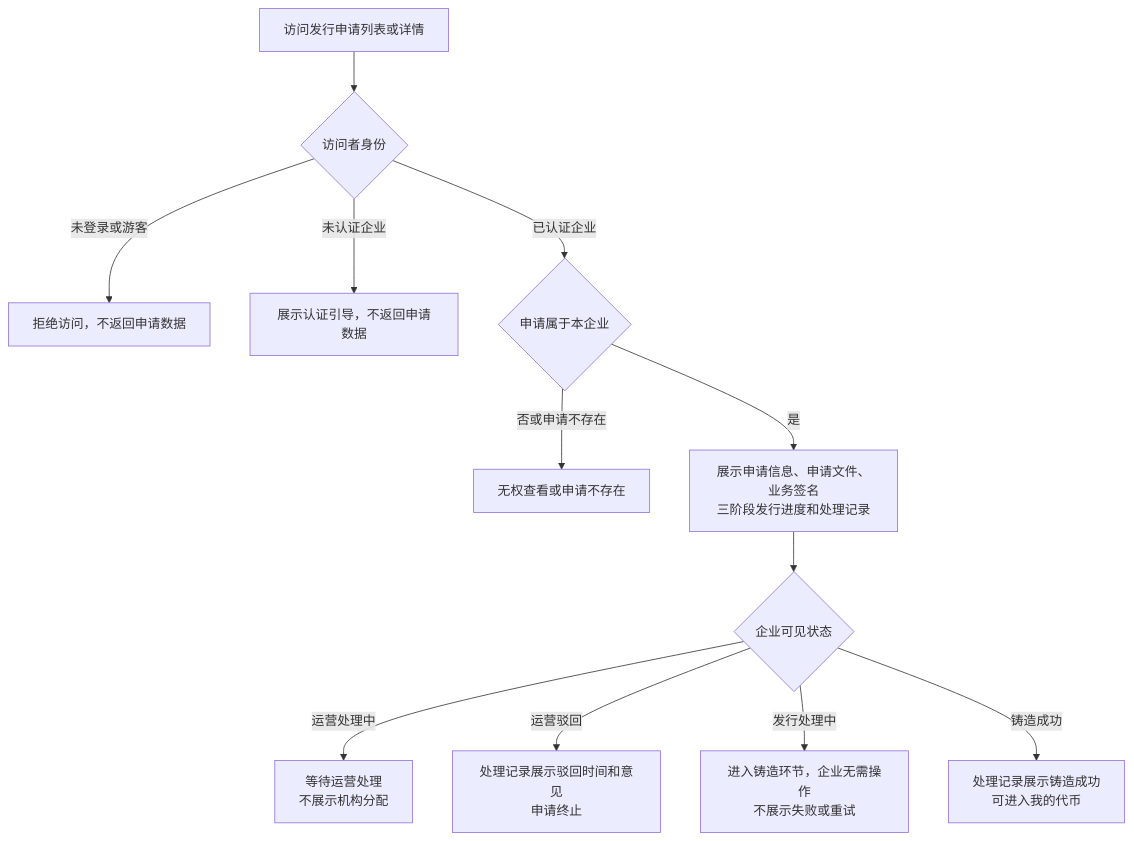
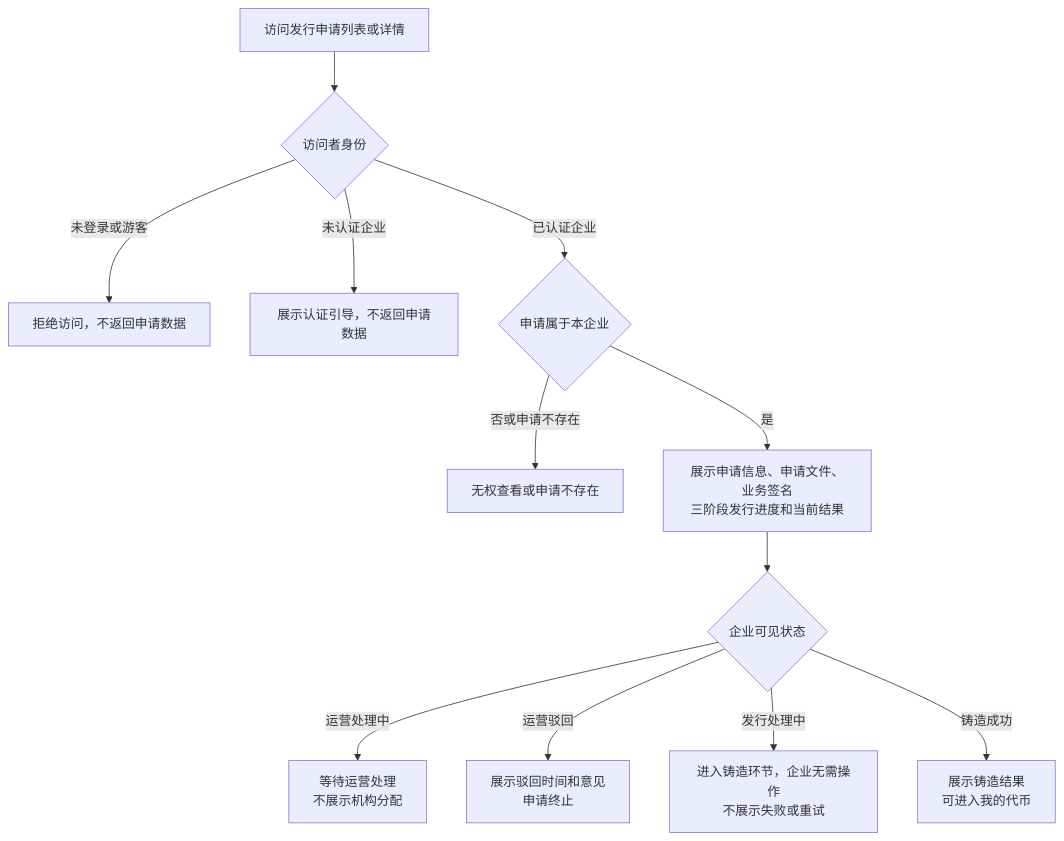
One commit to wxblockchain/Chain-Financing changed the third of 3 diagrams in token-issuance-platform/PRD/面客端/M3a-代币发行-企业申请/02-代币发行-企业申请-流程图与状态机.md. Above: the diagram before and after it, drawn with Mermaid. The commit also changed 2 other files, not shown here.

Commit message:
docs(WS-509): remove enterprise operation history

````diff
--- a/token-issuance-platform/PRD/面客端/M3a-代币发行-企业申请/02-代币发行-企业申请-流程图与状态机.md
+++ b/token-issuance-platform/PRD/面客端/M3a-代币发行-企业申请/02-代币发行-企业申请-流程图与状态机.md
@@ -65,14 +65,14 @@
 ```mermaid
 flowchart TD
     A[访问发行申请列表或详情] --> B{访问者身份}
     B -->|未登录或游客| B1[拒绝访问，不返回申请数据]
     B -->|未认证企业| B2[展示认证引导，不返回申请数据]
     B -->|已认证企业| C{申请属于本企业}
     C -->|否或申请不存在| C1[无权查看或申请不存在]
-    C -->|是| D[展示申请信息、申请文件、业务签名<br/>三阶段发行进度和处理记录]
+    C -->|是| D[展示申请信息、申请文件、业务签名<br/>三阶段发行进度和当前结果]
     D --> E{企业可见状态}
     E -->|运营处理中| E1[等待运营处理<br/>不展示机构分配]
-    E -->|运营驳回| E2[处理记录展示驳回时间和意见<br/>申请终止]
+    E -->|运营驳回| E2[展示驳回时间和意见<br/>申请终止]
     E -->|发行处理中| E3[进入铸造环节，企业无需操作<br/>不展示失败或重试]
-    E -->|铸造成功| E4[处理记录展示铸造成功<br/>可进入我的代币]
+    E -->|铸造成功| E4[展示铸造结果<br/>可进入我的代币]
 ```
````
